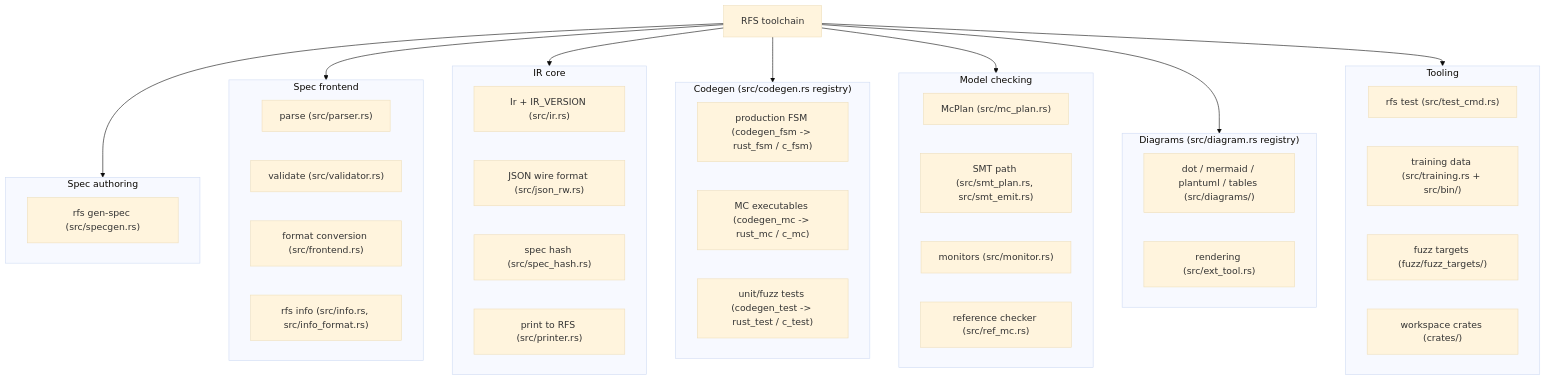
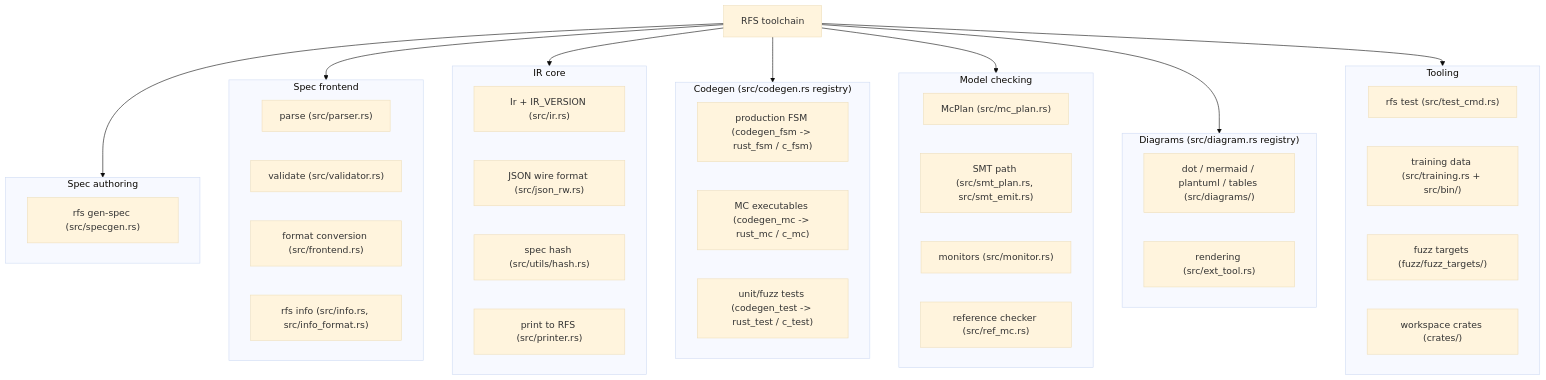
One commit to vasil-sd/RFS changed the second of 2 diagrams in docs/dev/ARCHITECTURE.md. Above: the diagram before and after it, drawn with Mermaid (base theme). The commit also changed other lines of this file and 31 other files, not shown here.

````diff
--- a/docs/dev/ARCHITECTURE.md
+++ b/docs/dev/ARCHITECTURE.md
@@ -114,55 +114,55 @@
 ```mermaid
 flowchart TD
     RFS["RFS toolchain"]
 
     subgraph AUTHOR["Spec authoring"]
         GEN["rfs gen-spec (src/specgen.rs)"]
     end
 
     subgraph FRONT["Spec frontend"]
         PARSE["parse (src/parser.rs)"]
         VALIDATE["validate (src/validator.rs)"]
         CONVERT["format conversion (src/frontend.rs)"]
         INFO["rfs info (src/info.rs, src/info_format.rs)"]
     end
 
     subgraph IRCORE["IR core"]
         IR["Ir + IR_VERSION (src/ir.rs)"]
         JSON["JSON wire format (src/json_rw.rs)"]
-        HASH["spec hash (src/spec_hash.rs)"]
+        HASH["spec hash (src/utils/hash.rs)"]
         PRINT["print to RFS (src/printer.rs)"]
     end
 
     subgraph CODEGEN["Codegen (src/codegen.rs registry)"]
         PROD["production FSM (codegen_fsm -> rust_fsm / c_fsm)"]
         MCBIN["MC executables (codegen_mc -> rust_mc / c_mc)"]
         TESTS["unit/fuzz tests (codegen_test -> rust_test / c_test)"]
     end
 
     subgraph MCENG["Model checking"]
         PLAN["McPlan (src/mc_plan.rs)"]
         SMT["SMT path (src/smt_plan.rs, src/smt_emit.rs)"]
         MON["monitors (src/monitor.rs)"]
         REF["reference checker (src/ref_mc.rs)"]
     end
 
     subgraph DIAGRAMS["Diagrams (src/diagram.rs registry)"]
         FORMATS["dot / mermaid / plantuml / tables (src/diagrams/)"]
         RENDER["rendering (src/ext_tool.rs)"]
     end
 
     subgraph TOOLING["Tooling"]
         TESTCMD["rfs test (src/test_cmd.rs)"]
         TRAIN["training data (src/training.rs + src/bin/)"]
         FUZZ["fuzz targets (fuzz/fuzz_targets/)"]
         CRATES["workspace crates (crates/)"]
     end
 
     RFS --> AUTHOR
     RFS --> FRONT
     RFS --> IRCORE
     RFS --> CODEGEN
     RFS --> MCENG
     RFS --> DIAGRAMS
     RFS --> TOOLING
 ```
````
